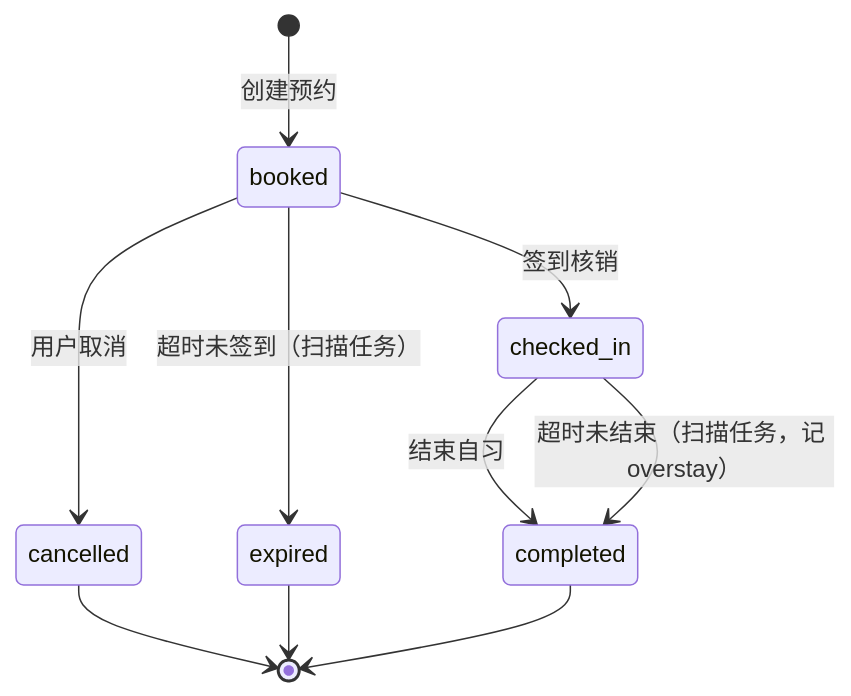
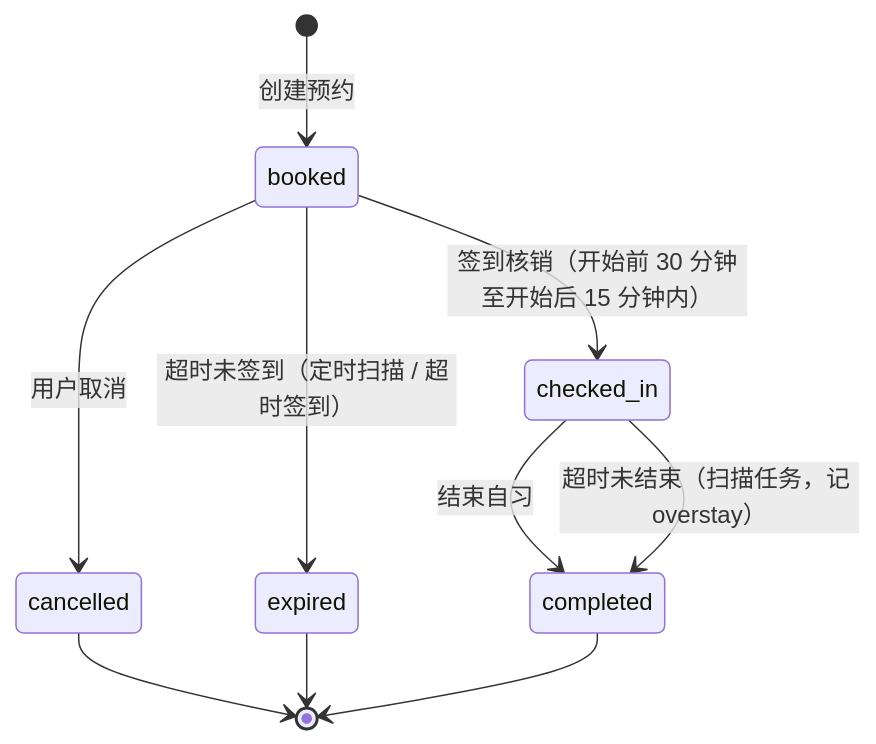
The eighth of 9 diagrams in docs/系统设计/当前代码设计图稿.md (Type81-1/campus-ai-study-room), drawn with Mermaid before and after one commit. The commit also changed other lines of this file and 10 other files, not shown here.

````diff
--- a/docs/系统设计/当前代码设计图稿.md
+++ b/docs/系统设计/当前代码设计图稿.md
@@ -395,12 +474,12 @@
 ```mermaid
 stateDiagram-v2
     [*] --> booked: 创建预约
-    booked --> checked_in: 签到核销
+    booked --> checked_in: 签到核销（开始前 30 分钟至开始后 15 分钟内）
     checked_in --> completed: 结束自习
     booked --> cancelled: 用户取消
-    booked --> expired: 超时未签到（扫描任务）
+    booked --> expired: 超时未签到（定时扫描 / 超时签到）
     checked_in --> completed: 超时未结束（扫描任务，记 overstay）
     cancelled --> [*]
     expired --> [*]
     completed --> [*]
 ```
````
